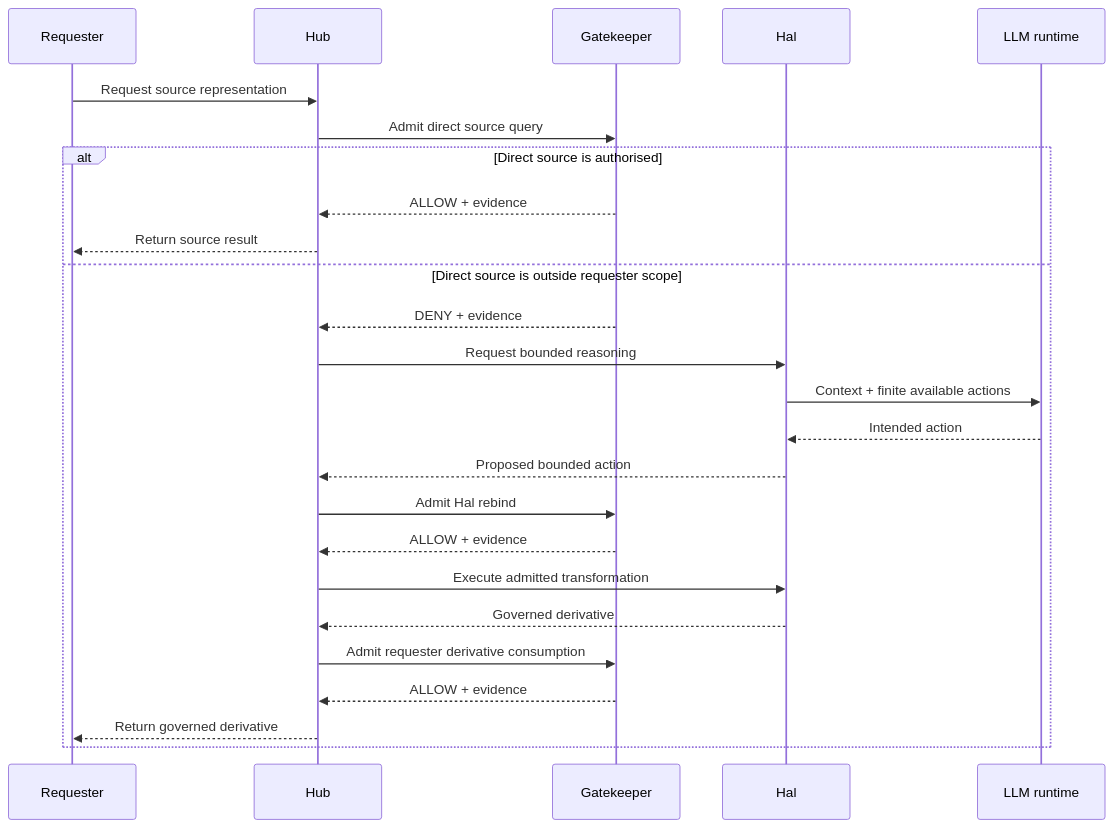
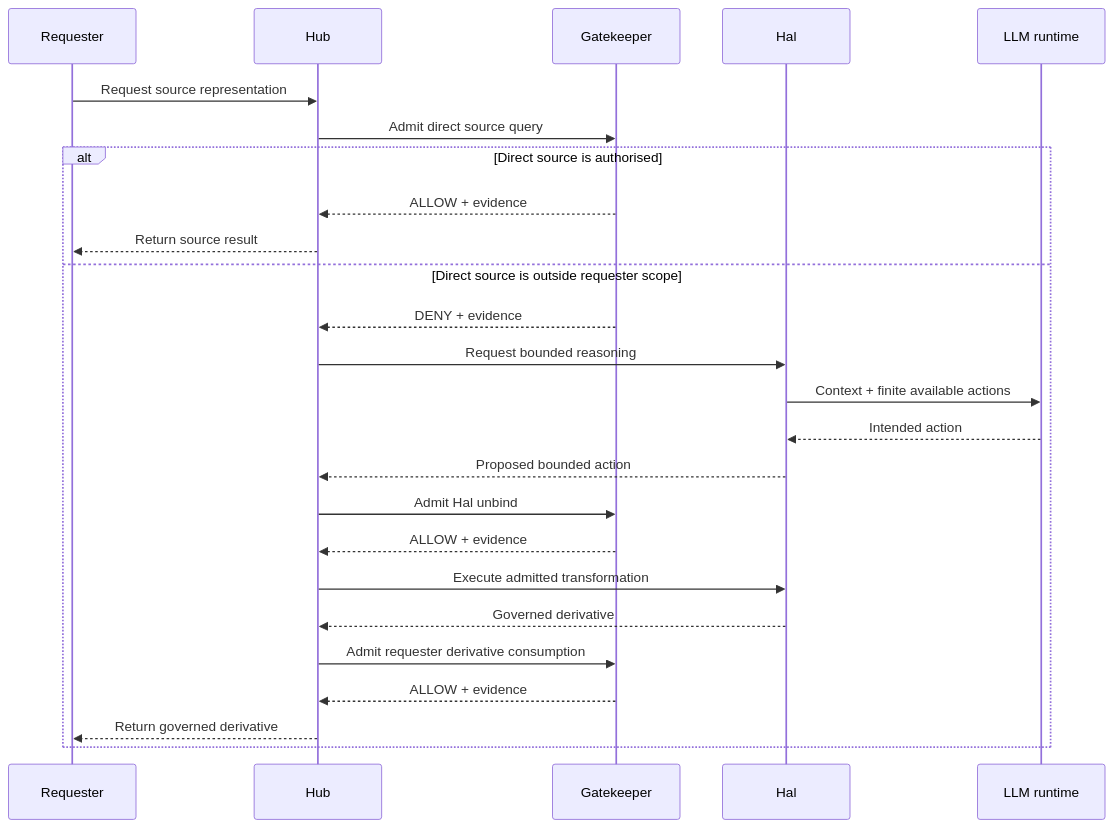
One commit to onzelf/openhealth-cdi changed the eighth of 8 diagrams in doc/GOVERNANCE.md. Above: the diagram before and after it, drawn with Mermaid. The commit also changed other lines of this file and 26 other files, not shown here.

````diff
--- a/doc/GOVERNANCE.md
+++ b/doc/GOVERNANCE.md
@@ -342,29 +342,29 @@
 ```mermaid
 sequenceDiagram
     participant R as Requester
     participant H as Hub
     participant G as Gatekeeper
     participant A as Hal
     participant L as LLM runtime
 
     R->>H: Request source representation
     H->>G: Admit direct source query
 
     alt Direct source is authorised
         G-->>H: ALLOW + evidence
         H-->>R: Return source result
     else Direct source is outside requester scope
         G-->>H: DENY + evidence
         H->>A: Request bounded reasoning
         A->>L: Context + finite available actions
         L-->>A: Intended action
         A-->>H: Proposed bounded action
-        H->>G: Admit Hal rebind
+        H->>G: Admit Hal unbind
         G-->>H: ALLOW + evidence
         H->>A: Execute admitted transformation
         A-->>H: Governed derivative
         H->>G: Admit requester derivative consumption
         G-->>H: ALLOW + evidence
         H-->>R: Return governed derivative
     end
 ```
````
